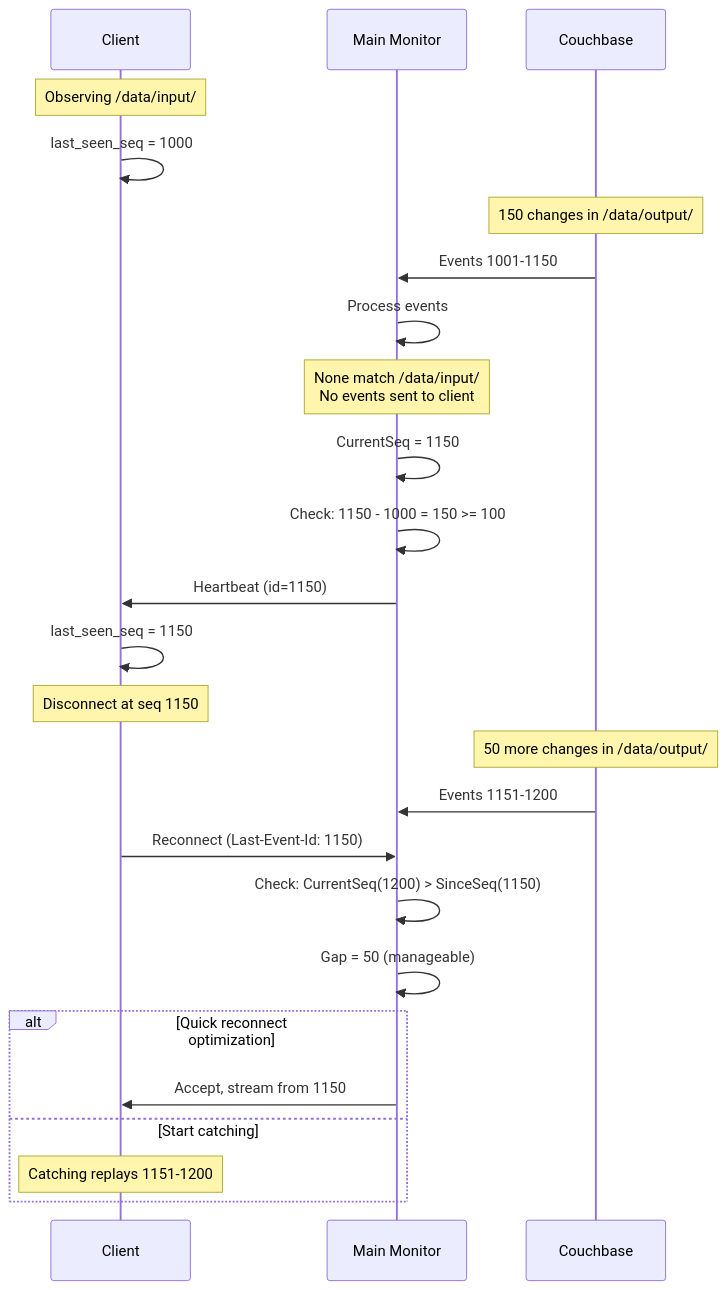
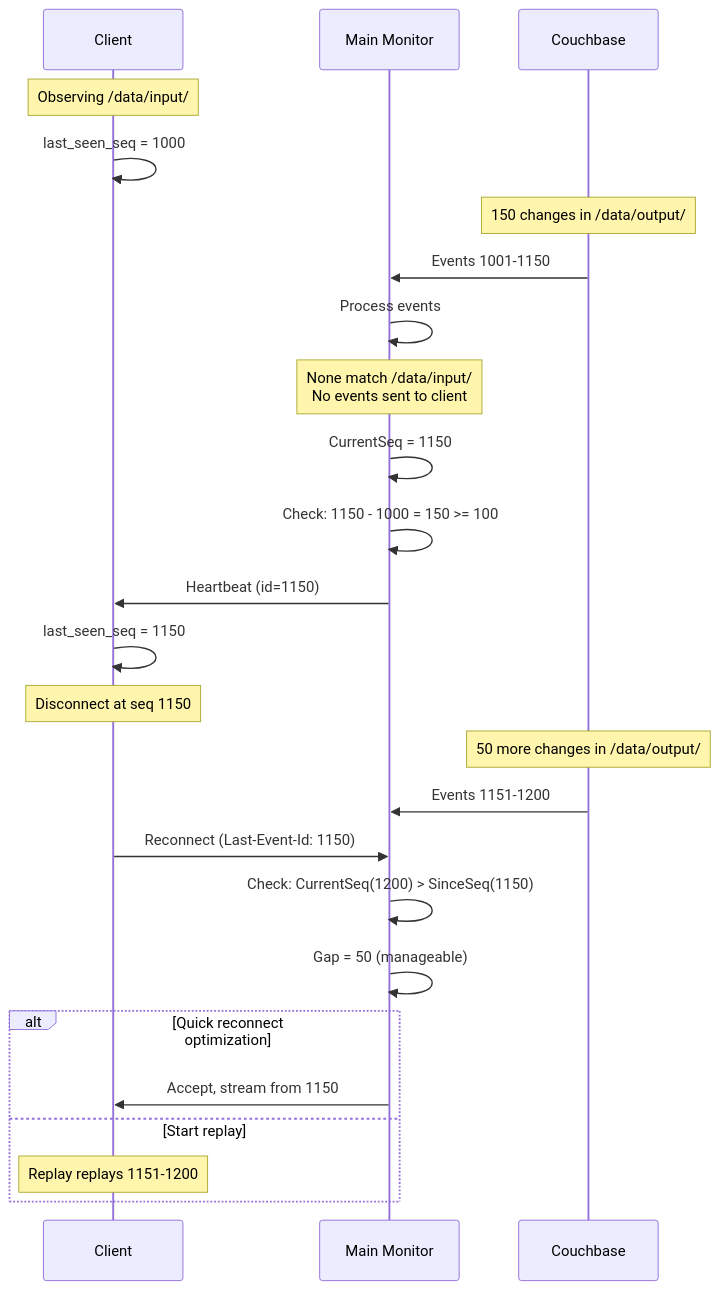
Before and after one commit to onedata/op-worker: the eighth of 8 diagrams in doc/design/files_monitoring/reconnection.md, drawn with Mermaid. The commit also changed other lines of this file and 12 other files, not shown here.

Commit message:
VFS-12887 Rename catching monitor to replay monitor

````diff
--- a/doc/design/files_monitoring/reconnection.md
+++ b/doc/design/files_monitoring/reconnection.md
@@ -539,33 +539,33 @@
 ```mermaid
 sequenceDiagram
     participant C as Client
     participant Main as Main Monitor
     participant DB as Couchbase
     
     Note over C: Observing /data/input/
     C->>C: last_seen_seq = 1000
     
     Note over DB: 150 changes in /data/output/
     DB->>Main: Events 1001-1150
     Main->>Main: Process events
     Note over Main: None match /data/input/<br/>No events sent to client
     
     Main->>Main: CurrentSeq = 1150
     Main->>Main: Check: 1150 - 1000 = 150 >= 100
     Main->>C: Heartbeat (id=1150)
     C->>C: last_seen_seq = 1150
     
     Note over C: Disconnect at seq 1150
     Note over DB: 50 more changes in /data/output/
     DB->>Main: Events 1151-1200
     
     C->>Main: Reconnect (Last-Event-Id: 1150)
     Main->>Main: Check: CurrentSeq(1200) > SinceSeq(1150)
     Main->>Main: Gap = 50 (manageable)
     
     alt Quick reconnect optimization
         Main->>C: Accept, stream from 1150
-    else Start catching
-        Note over C: Catching replays 1151-1200
+    else Start replay
+        Note over C: Replay replays 1151-1200
     end
 ```
````
